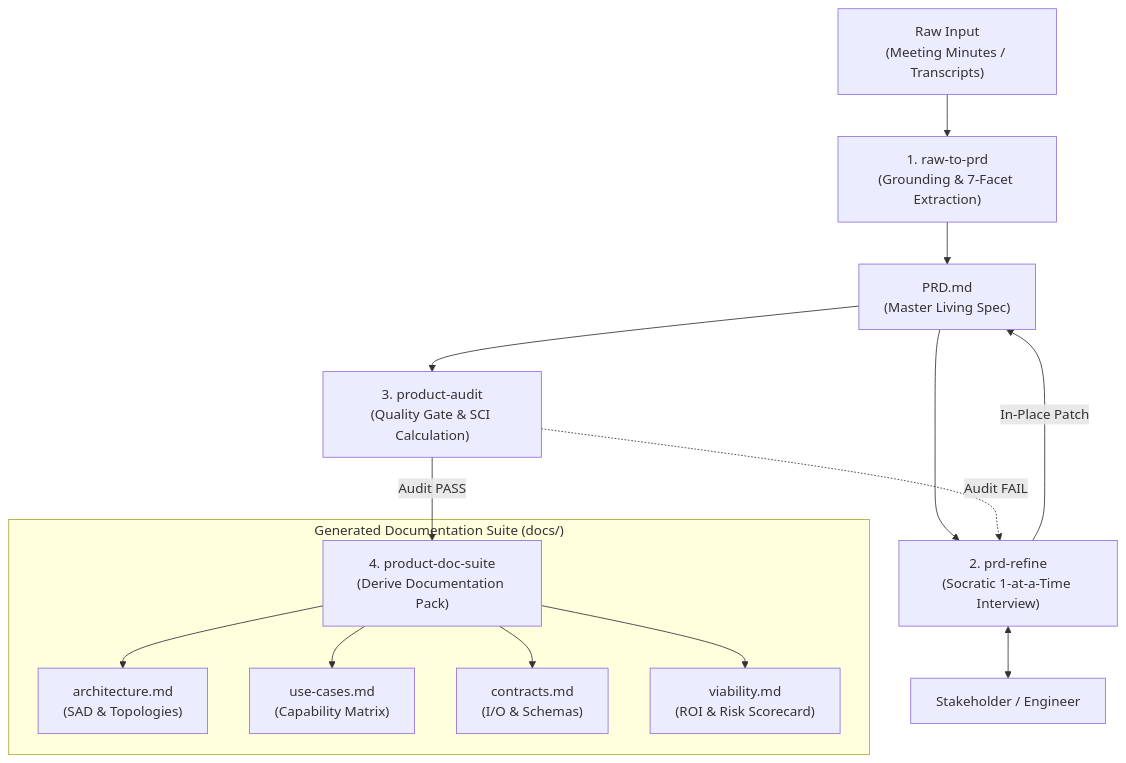
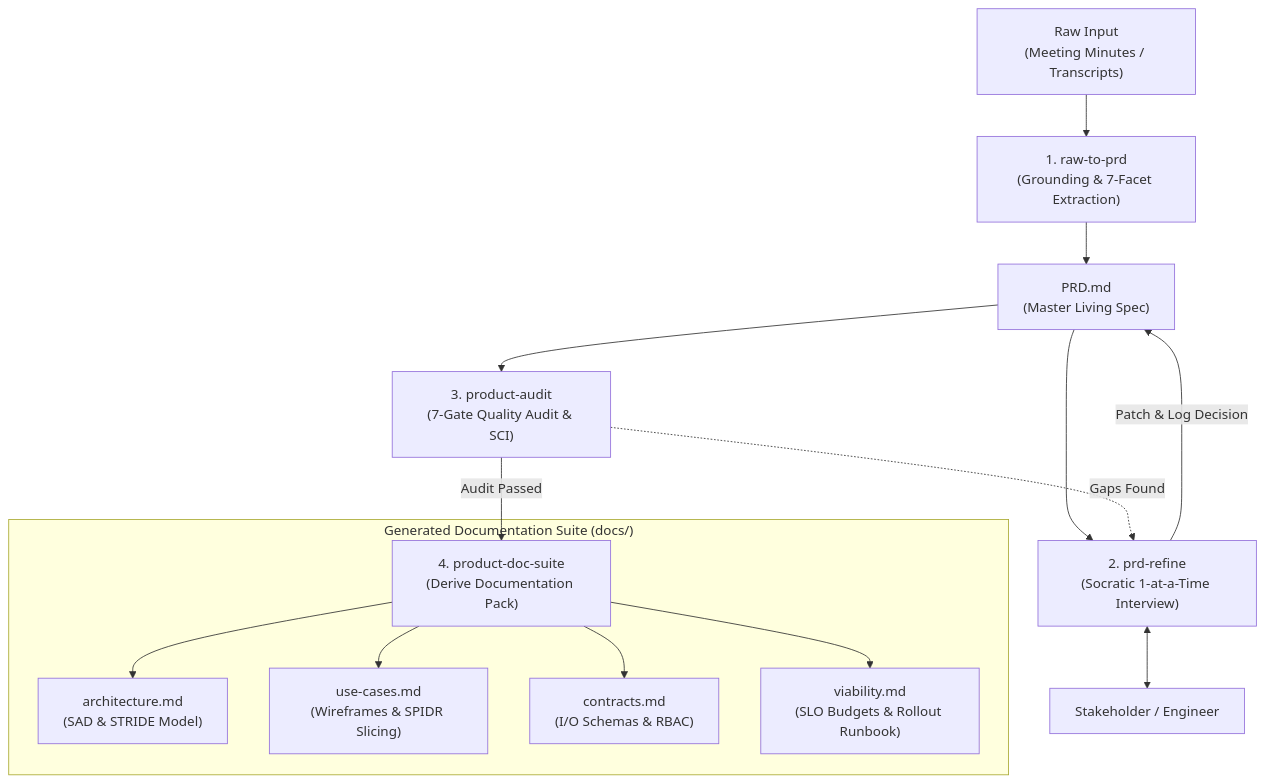
One commit to bsommers/product-owner changed the diagram in docs/README.md. Above: the diagram before and after it, drawn with Mermaid. The commit also changed other lines of this file and 10 other files, not shown here.

Commit message:
feat: implement P1-P4 enhancements (NFRs, STRIDE/RBAC, UI wireframes, SPIDR slicing, rollout runbook)

````diff
--- a/docs/README.md
+++ b/docs/README.md
@@ -76,18 +77,18 @@
 ```mermaid
 flowchart TD
     Inputs["Raw Input\n(Meeting Minutes / Transcripts)"] --> S1["1. raw-to-prd\n(Grounding & 7-Facet Extraction)"]
     S1 --> PRD["PRD.md\n(Master Living Spec)"]
     PRD --> S2["2. prd-refine\n(Socratic 1-at-a-Time Interview)"]
     S2 <--> User["Stakeholder / Engineer"]
-    S2 -->|In-Place Patch| PRD
-    PRD --> S4["3. product-audit\n(Quality Gate & SCI Calculation)"]
-    S4 -->|Audit PASS| S3["4. product-doc-suite\n(Derive Documentation Pack)"]
-    S4 -.->|Audit FAIL| S2
+    S2 -->|Patch & Log Decision| PRD
+    PRD --> S4["3. product-audit\n(7-Gate Quality Audit & SCI)"]
+    S4 -->|Audit Passed| S3["4. product-doc-suite\n(Derive Documentation Pack)"]
+    S4 -.->|Gaps Found| S2
 
     subgraph DocPack ["Generated Documentation Suite (docs/)"]
-        S3 --> SAD["architecture.md\n(SAD & Topologies)"]
-        S3 --> UC["use-cases.md\n(Capability Matrix)"]
-        S3 --> IO["contracts.md\n(I/O & Schemas)"]
-        S3 --> BIZ["viability.md\n(ROI & Risk Scorecard)"]
+        S3 --> SAD["architecture.md\n(SAD & STRIDE Model)"]
+        S3 --> UC["use-cases.md\n(Wireframes & SPIDR Slicing)"]
+        S3 --> IO["contracts.md\n(I/O Schemas & RBAC)"]
+        S3 --> BIZ["viability.md\n(SLO Budgets & Rollout Runbook)"]
     end
 ```
````
